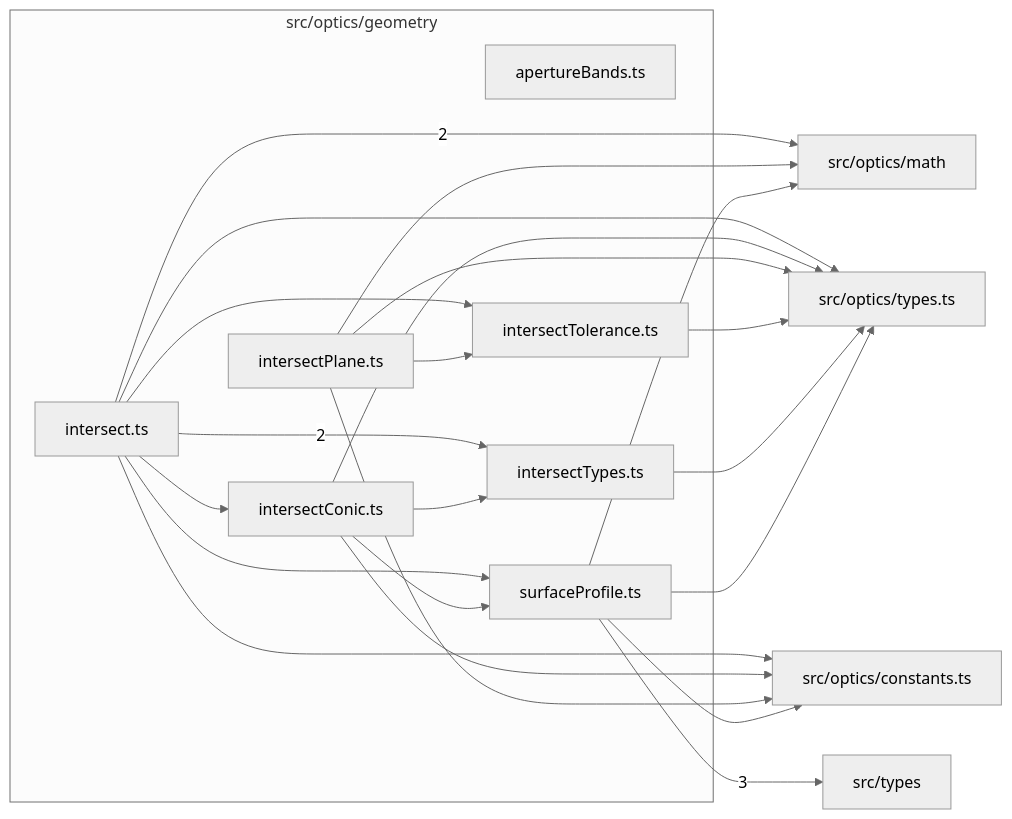
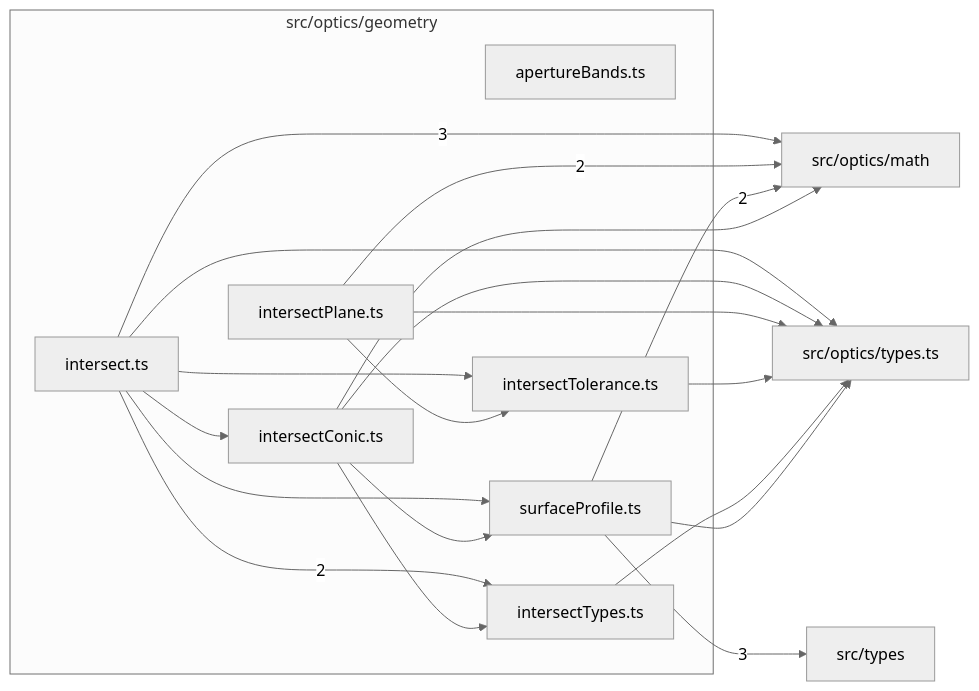
The diagram in src/optics/geometry/readme.md (ronbuening/LensVisualizer), drawn with Mermaid (neutral theme) before and after one commit. The commit also changed other lines of this file and 439 other files, not shown here.

````diff
--- a/src/optics/geometry/readme.md
+++ b/src/optics/geometry/readme.md
@@ -9,37 +9,33 @@
 ```mermaid
 flowchart LR
   subgraph n_src_optics_geometry["src/optics/geometry"]
     n_src_optics_geometry_src_optics_geometry_apertureBands_ts["apertureBands.ts"]
     n_src_optics_geometry_src_optics_geometry_intersect_ts["intersect.ts"]
     n_src_optics_geometry_src_optics_geometry_intersectConic_ts["intersectConic.ts"]
     n_src_optics_geometry_src_optics_geometry_intersectPlane_ts["intersectPlane.ts"]
     n_src_optics_geometry_src_optics_geometry_intersectTolerance_ts["intersectTolerance.ts"]
     n_src_optics_geometry_src_optics_geometry_intersectTypes_ts["intersectTypes.ts"]
     n_src_optics_geometry_src_optics_geometry_surfaceProfile_ts["surfaceProfile.ts"]
   end
+  n_external_src_optics_math["src/optics/math"]
   n_external_src_types["src/types"]
-  n_external_src_optics_math["src/optics/math"]
-  n_external_src_optics_constants_ts["src/optics/constants.ts"]
   n_external_src_optics_types_ts["src/optics/types.ts"]
+  n_src_optics_geometry_src_optics_geometry_intersect_ts --> |3| n_external_src_optics_math
   n_src_optics_geometry_src_optics_geometry_surfaceProfile_ts --> |3| n_external_src_types
-  n_src_optics_geometry_src_optics_geometry_intersect_ts --> |2| n_external_src_optics_math
+  n_src_optics_geometry_src_optics_geometry_intersectPlane_ts --> |2| n_external_src_optics_math
+  n_src_optics_geometry_src_optics_geometry_surfaceProfile_ts --> |2| n_external_src_optics_math
   n_src_optics_geometry_src_optics_geometry_intersect_ts --> |2| n_src_optics_geometry_src_optics_geometry_intersectTypes_ts
-  n_src_optics_geometry_src_optics_geometry_intersect_ts --> n_external_src_optics_constants_ts
-  n_src_optics_geometry_src_optics_geometry_intersectConic_ts --> n_external_src_optics_constants_ts
-  n_src_optics_geometry_src_optics_geometry_intersectPlane_ts --> n_external_src_optics_constants_ts
-  n_src_optics_geometry_src_optics_geometry_surfaceProfile_ts --> n_external_src_optics_constants_ts
-  n_src_optics_geometry_src_optics_geometry_intersectPlane_ts --> n_external_src_optics_math
-  n_src_optics_geometry_src_optics_geometry_surfaceProfile_ts --> n_external_src_optics_math
+  n_src_optics_geometry_src_optics_geometry_intersectConic_ts --> n_external_src_optics_math
   n_src_optics_geometry_src_optics_geometry_intersect_ts --> n_external_src_optics_types_ts
   n_src_optics_geometry_src_optics_geometry_intersectConic_ts --> n_external_src_optics_types_ts
   n_src_optics_geometry_src_optics_geometry_intersectPlane_ts --> n_external_src_optics_types_ts
   n_src_optics_geometry_src_optics_geometry_intersectTolerance_ts --> n_external_src_optics_types_ts
   n_src_optics_geometry_src_optics_geometry_intersectTypes_ts --> n_external_src_optics_types_ts
   n_src_optics_geometry_src_optics_geometry_surfaceProfile_ts --> n_external_src_optics_types_ts
   n_src_optics_geometry_src_optics_geometry_intersect_ts --> n_src_optics_geometry_src_optics_geometry_intersectConic_ts
   n_src_optics_geometry_src_optics_geometry_intersect_ts --> n_src_optics_geometry_src_optics_geometry_intersectTolerance_ts
   n_src_optics_geometry_src_optics_geometry_intersectPlane_ts --> n_src_optics_geometry_src_optics_geometry_intersectTolerance_ts
   n_src_optics_geometry_src_optics_geometry_intersectConic_ts --> n_src_optics_geometry_src_optics_geometry_intersectTypes_ts
   n_src_optics_geometry_src_optics_geometry_intersect_ts --> n_src_optics_geometry_src_optics_geometry_surfaceProfile_ts
   n_src_optics_geometry_src_optics_geometry_intersectConic_ts --> n_src_optics_geometry_src_optics_geometry_surfaceProfile_ts
 ```
````
